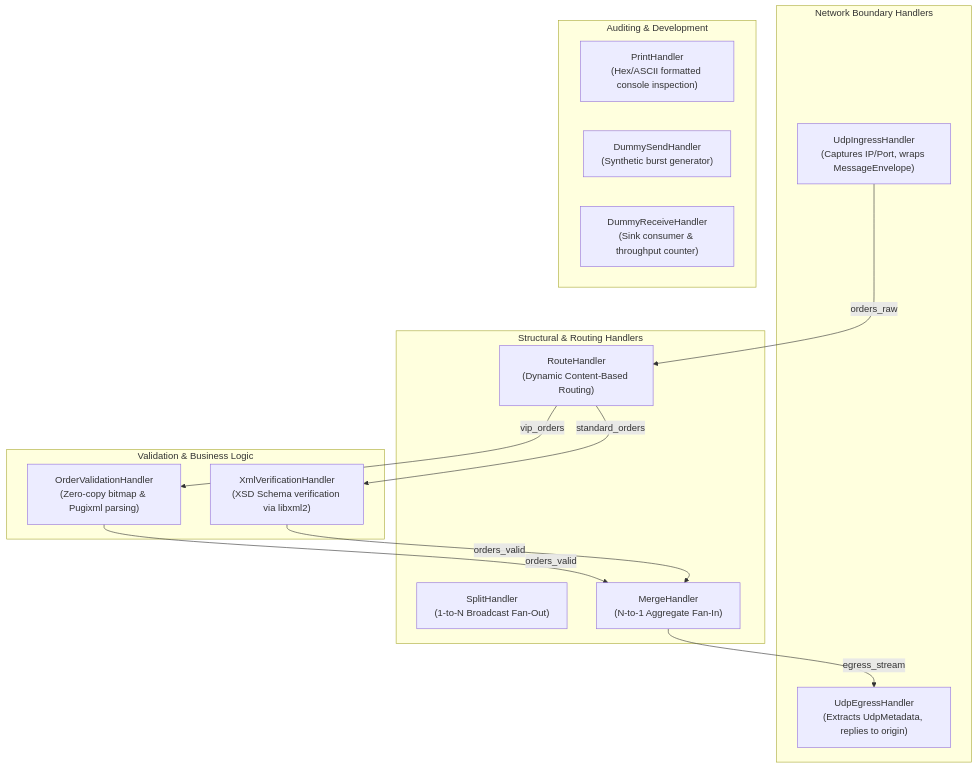
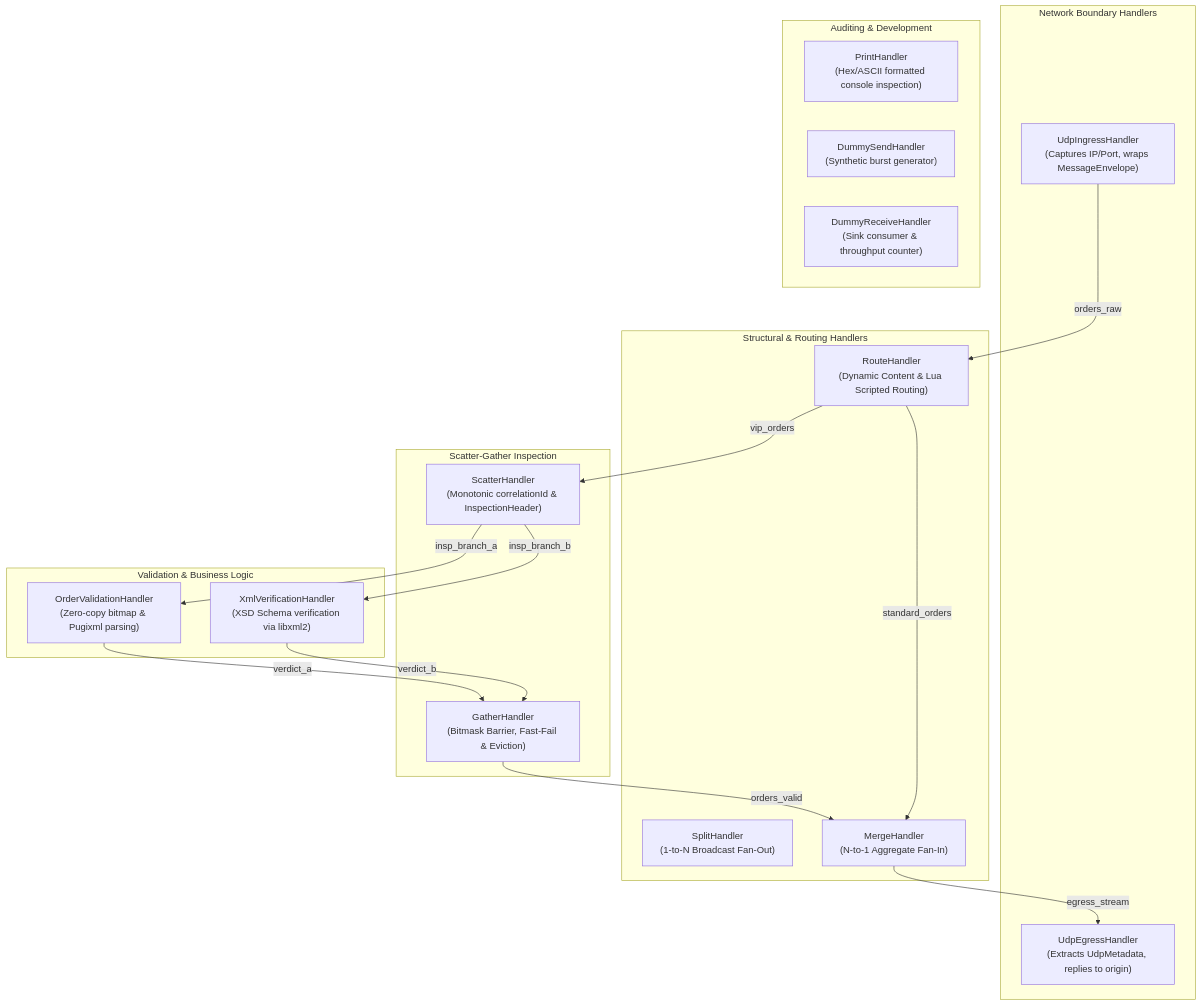
Before and after one commit to notzain/proxy-pipeline: the diagram in docs/architecture/handler-catalog-and-routing.md, drawn with Mermaid. The commit also changed other lines of this file and 9 other files, not shown here.

First line of the commit message:
docs(architecture): update living system architectural specifications

````diff
--- a/docs/architecture/handler-catalog-and-routing.md
+++ b/docs/architecture/handler-catalog-and-routing.md
@@ -18,31 +18,39 @@
 ```mermaid
 graph TD
     subgraph Ingress_Egress ["Network Boundary Handlers"]
         UIH["UdpIngressHandler<br/>(Captures IP/Port, wraps MessageEnvelope)"]
         UEH["UdpEgressHandler<br/>(Extracts UdpMetadata, replies to origin)"]
     end
 
     subgraph Routing_Topology ["Structural & Routing Handlers"]
-        RH["RouteHandler<br/>(Dynamic Content-Based Routing)"]
+        RH["RouteHandler<br/>(Dynamic Content & Lua Scripted Routing)"]
         SH["SplitHandler<br/>(1-to-N Broadcast Fan-Out)"]
         MH["MergeHandler<br/>(N-to-1 Aggregate Fan-In)"]
+    end
+
+    subgraph Parallel_Inspection ["Scatter-Gather Inspection"]
+        SCAT["ScatterHandler<br/>(Monotonic correlationId & InspectionHeader)"]
+        GATH["GatherHandler<br/>(Bitmask Barrier, Fast-Fail & Eviction)"]
     end
 
     subgraph Business_Validation ["Validation & Business Logic"]
         OVH["OrderValidationHandler<br/>(Zero-copy bitmap & Pugixml parsing)"]
         XVH["XmlVerificationHandler<br/>(XSD Schema verification via libxml2)"]
     end
 
     subgraph Diagnostics ["Auditing & Development"]
         PH["PrintHandler<br/>(Hex/ASCII formatted console inspection)"]
         DSH["DummySendHandler<br/>(Synthetic burst generator)"]
         DRH["DummyReceiveHandler<br/>(Sink consumer & throughput counter)"]
     end
 
     UIH -->|orders_raw| RH
-    RH -->|vip_orders| OVH
-    RH -->|standard_orders| XVH
-    OVH -->|orders_valid| MH
-    XVH -->|orders_valid| MH
+    RH -->|vip_orders| SCAT
+    SCAT -->|insp_branch_a| OVH
+    SCAT -->|insp_branch_b| XVH
+    OVH -->|verdict_a| GATH
+    XVH -->|verdict_b| GATH
+    GATH -->|orders_valid| MH
+    RH -->|standard_orders| MH
     MH -->|egress_stream| UEH
 ```
````
